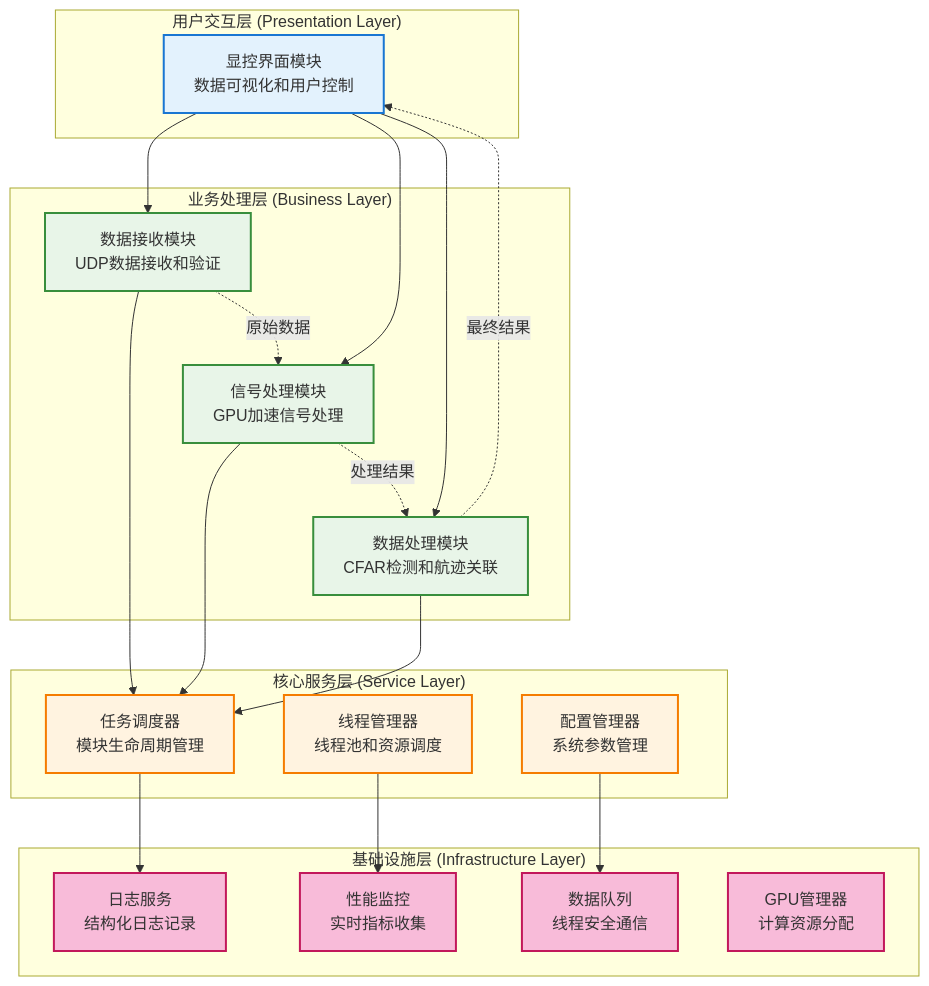
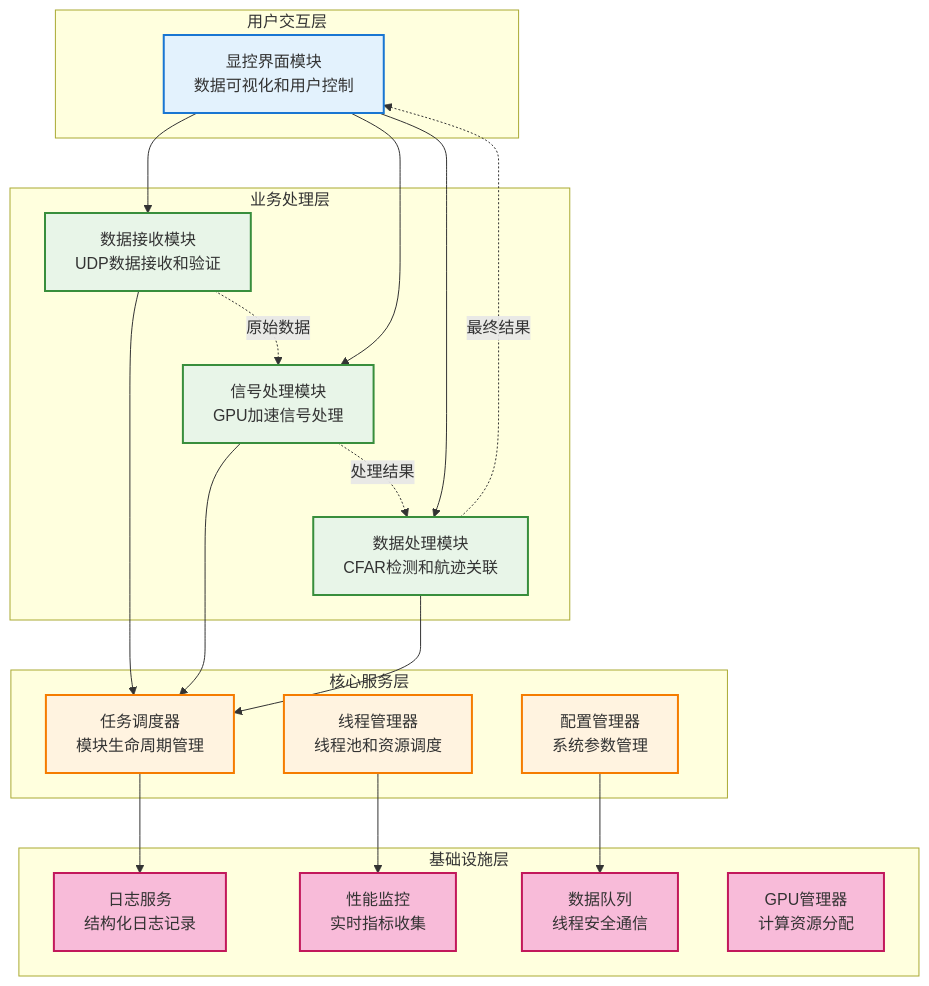
One commit to wendizhou99-cell/Radar changed the first of 4 diagrams in docs/01_项目设计/01_项目设计/00_总体架构设计.md. Above: the diagram before and after it, drawn with Mermaid. The commit also changed other lines of this file and 5 other files, not shown here.

````diff
--- a/docs/01_项目设计/01_项目设计/00_总体架构设计.md
+++ b/docs/01_项目设计/01_项目设计/00_总体架构设计.md
@@ -32,53 +73,53 @@
 ```mermaid
 graph TB
-    subgraph "用户交互层 (Presentation Layer)"
+    subgraph "用户交互层"
         UI[显控界面模块<br/>数据可视化和用户控制]
     end
 
-    subgraph "业务处理层 (Business Layer)"
+    subgraph "业务处理层"
         DR[数据接收模块<br/>UDP数据接收和验证]
         SP[信号处理模块<br/>GPU加速信号处理]
         DP[数据处理模块<br/>CFAR检测和航迹关联]
     end
 
-    subgraph "核心服务层 (Service Layer)"
+    subgraph "核心服务层"
         TS[任务调度器<br/>模块生命周期管理]
         TM[线程管理器<br/>线程池和资源调度]
         CM[配置管理器<br/>系统参数管理]
     end
 
-    subgraph "基础设施层 (Infrastructure Layer)"
+    subgraph "基础设施层"
         LOG[日志服务<br/>结构化日志记录]
         MON[性能监控<br/>实时指标收集]
         QUEUE[数据队列<br/>线程安全通信]
         GPU_MGR[GPU管理器<br/>计算资源分配]
     end
 
     %% 层间依赖关系
     UI --> DR
     UI --> SP
     UI --> DP
 
     DR --> TS
     SP --> TS
     DP --> TS
 
     TS --> LOG
     TM --> MON
     CM --> QUEUE
 
     %% 数据流向
     DR -.->|原始数据| SP
     SP -.->|处理结果| DP
     DP -.->|最终结果| UI
 
     classDef presentation fill:#e3f2fd,stroke:#1976d2,stroke-width:2px
     classDef business fill:#e8f5e8,stroke:#388e3c,stroke-width:2px
     classDef service fill:#fff3e0,stroke:#f57c00,stroke-width:2px
     classDef infrastructure fill:#f8bbd9,stroke:#c2185b,stroke-width:2px
 
     class UI presentation
     class DR,SP,DP business
     class TS,TM,CM service
     class LOG,MON,QUEUE,GPU_MGR infrastructure
 ```
````
